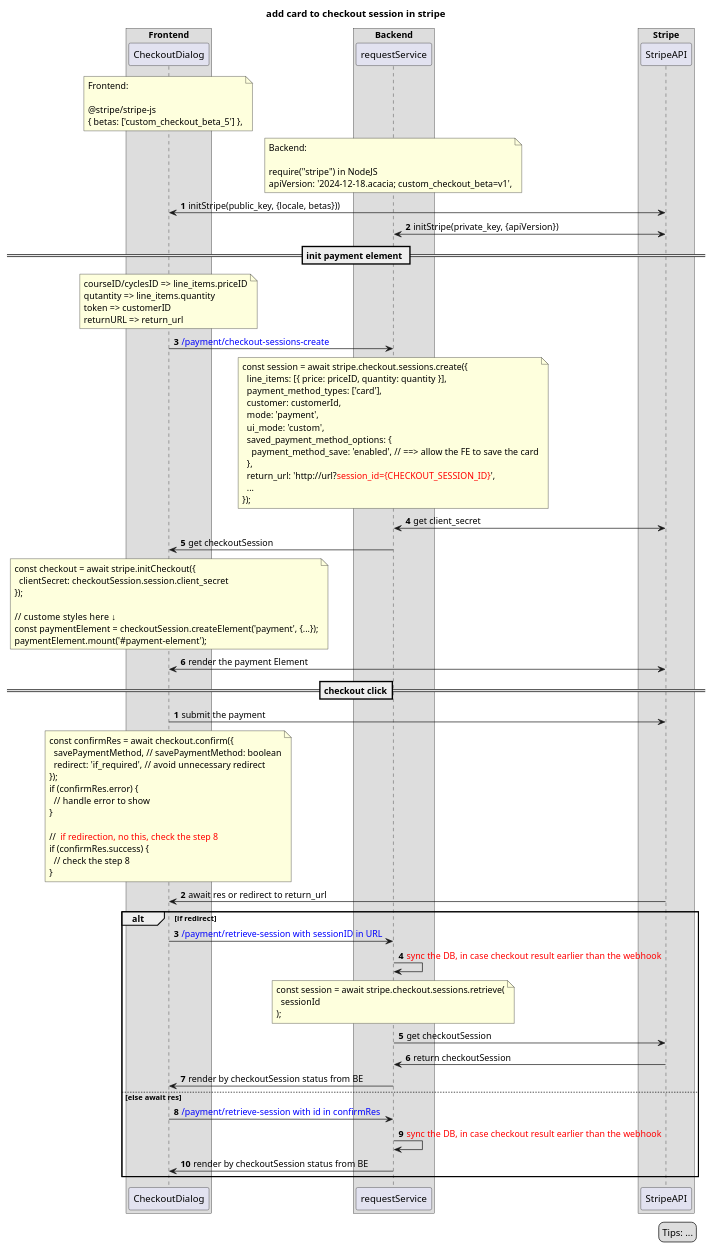
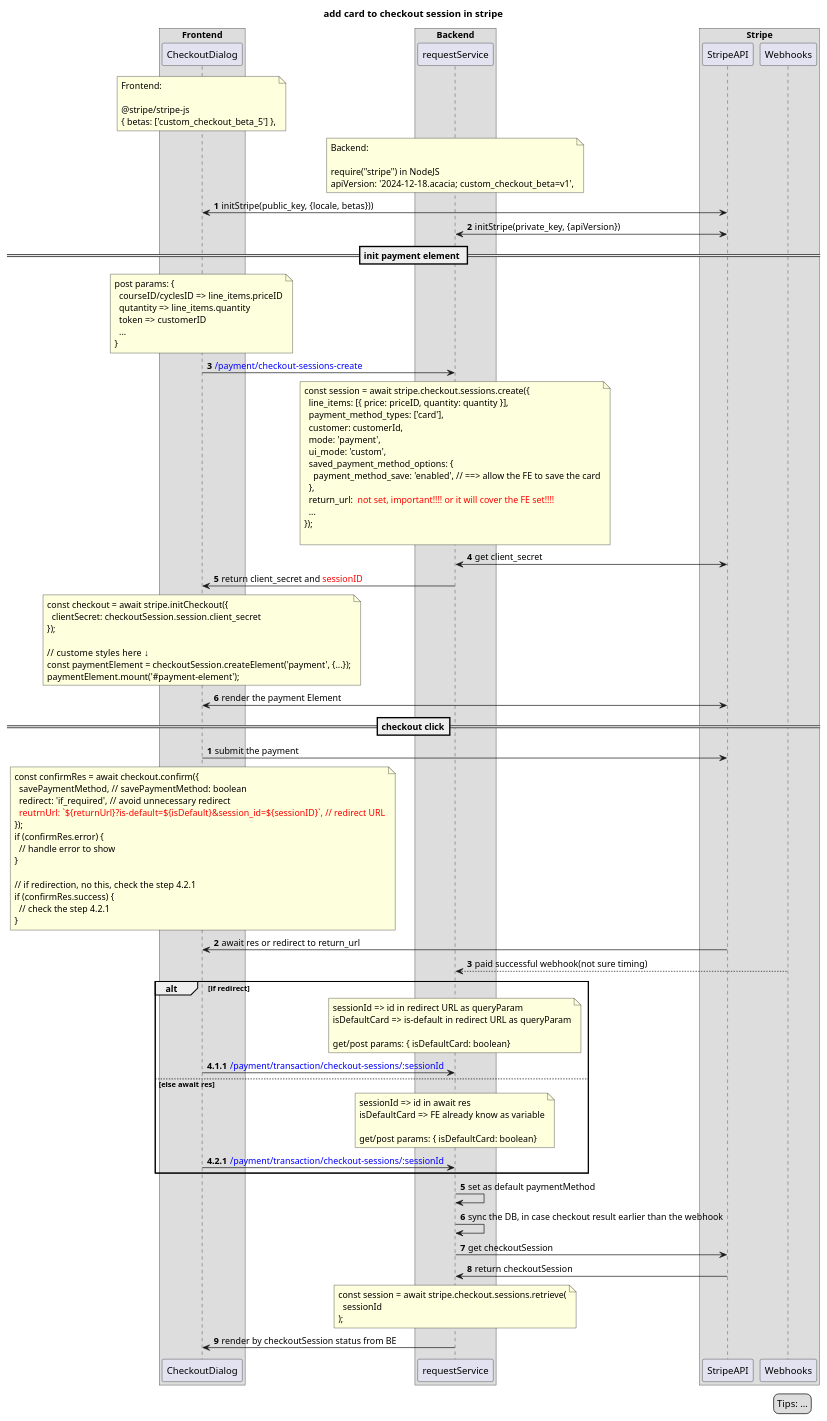
One commit to chase-si/umlDesigns changed the diagram in src/aladia/aladia-stripe-checkout-session.wsd. Above: the diagram before and after it, drawn with PlantUML. The commit also changed 1 other file, not shown here.

Commit message:
[doc]update new checkout.confirm send sessionId design

```diff
--- a/src/aladia/aladia-stripe-checkout-session.wsd
+++ b/src/aladia/aladia-stripe-checkout-session.wsd
@@ -1,105 +1,126 @@
 @startuml
 title "add card to checkout session in stripe"
 legend right
   Tips: ...
 end legend
 
 box "Frontend"
 participant CheckoutDialog
 end box
 
 box "Backend"
 participant requestService
 end box
 
 box Stripe
 participant StripeAPI
+participant Webhooks
 end box
 
 note over CheckoutDialog
 Frontend: 
 
 @stripe/stripe-js
 { betas: ['custom_checkout_beta_5'] },
 end note
 note over requestService
 Backend: 
 
 require("stripe") in NodeJS
 apiVersion: '2024-12-18.acacia; custom_checkout_beta=v1',
 end note
 
 autonumber
 CheckoutDialog <-> StripeAPI : initStripe(public_key, {locale, betas}))
 requestService <-> StripeAPI : initStripe(private_key, {apiVersion})
 
 == init payment element ==
 note over CheckoutDialog
-courseID/cyclesID => line_items.priceID
-qutantity => line_items.quantity
-token => customerID
-returnURL => return_url
+post params: {
+  courseID/cyclesID => line_items.priceID
+  qutantity => line_items.quantity
+  token => customerID
+  ...
+}
 end note
 CheckoutDialog -> requestService: <color blue>/payment/checkout-sessions-create
 note over requestService
 const session = await stripe.checkout.sessions.create({
   line_items: [{ price: priceID, quantity: quantity }],
   payment_method_types: ['card'],
   customer: customerId,
   mode: 'payment',
   ui_mode: 'custom',
   saved_payment_method_options: {
     payment_method_save: 'enabled', // ==> allow the FE to save the card
   },
-  return_url: 'http://url?<color red>session_id={CHECKOUT_SESSION_ID}</color>',
+  return_url: <color red> not set, important!!!! or it will cover the FE set!!!!
   ...
 });
+
 end note
 requestService <-> StripeAPI: get client_secret
-requestService -> CheckoutDialog: get checkoutSession
+requestService -> CheckoutDialog: return client_secret and <color red>sessionID</color>
 note over CheckoutDialog
 const checkout = await stripe.initCheckout({
   clientSecret: checkoutSession.session.client_secret
 });
 
 // custome styles here ↓
 const paymentElement = checkoutSession.createElement('payment', {...});
 paymentElement.mount('#payment-element');
 end note
 CheckoutDialog <-> StripeAPI: render the payment Element
 
 == checkout click==
 autonumber 1
 CheckoutDialog -> StripeAPI: submit the payment
 note over CheckoutDialog
 const confirmRes = await checkout.confirm({
   savePaymentMethod, // savePaymentMethod: boolean
   redirect: 'if_required', // avoid unnecessary redirect
+  <color red>reutrnUrl: `${returnUrl}?is-default=${isDefault}&session_id=${sessionID}`, // redirect URL
 });
 if (confirmRes.error) {
   // handle error to show
 }
 
-// <color red> if redirection, no this, check the step 8 </color>
+// if redirection, no this, check the step 4.2.1
 if (confirmRes.success) {
-  // check the step 8
+  // check the step 4.2.1
 }
 end note
 CheckoutDialog <- StripeAPI: await res or redirect to return_url
+requestService <-- Webhooks: paid successful webhook(not sure timing)
 alt if redirect
-  CheckoutDialog -> requestService: <color blue>/payment/retrieve-session with sessionID in URL
-  requestService -> requestService: <color red>sync the DB, in case checkout result earlier than the webhook
+autonumber 4.1.1
   note over requestService
-    const session = await stripe.checkout.sessions.retrieve(
-      sessionId
-    );
+    sessionId => id in redirect URL as queryParam
+    isDefaultCard => is-default in redirect URL as queryParam
+
+    get/post params: { isDefaultCard: boolean}
   end note
-  requestService -> StripeAPI: get checkoutSession
-  requestService <- StripeAPI: return checkoutSession
-  CheckoutDialog <- requestService: render by checkoutSession status from BE
+  CheckoutDialog -> requestService: <color blue>/payment/transaction/checkout-sessions/:sessionId
 else else await res
-  CheckoutDialog -> requestService: <color blue>/payment/retrieve-session with id in confirmRes</color>
-  requestService -> requestService: <color red>sync the DB, in case checkout result earlier than the webhook
-  CheckoutDialog <- requestService: render by checkoutSession status from BE
+autonumber 4.2.1
+  note over requestService
+    sessionId => id in await res
+    isDefaultCard => FE already know as variable
+
+    get/post params: { isDefaultCard: boolean}
+  end note
+  CheckoutDialog -> requestService: <color blue>/payment/transaction/checkout-sessions/:sessionId</color>
 end
+
+autonumber 5
+requestService -> requestService: set as default paymentMethod
+requestService -> requestService: sync the DB, in case checkout result earlier than the webhook
+requestService -> StripeAPI: get checkoutSession
+requestService <- StripeAPI: return checkoutSession
+note over requestService
+  const session = await stripe.checkout.sessions.retrieve(
+    sessionId
+  );
+end note
+CheckoutDialog <- requestService: render by checkoutSession status from BE
 @enduml
```
